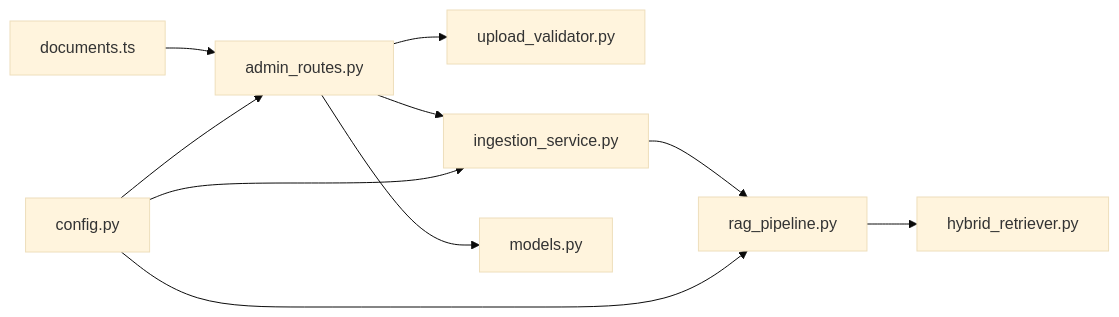
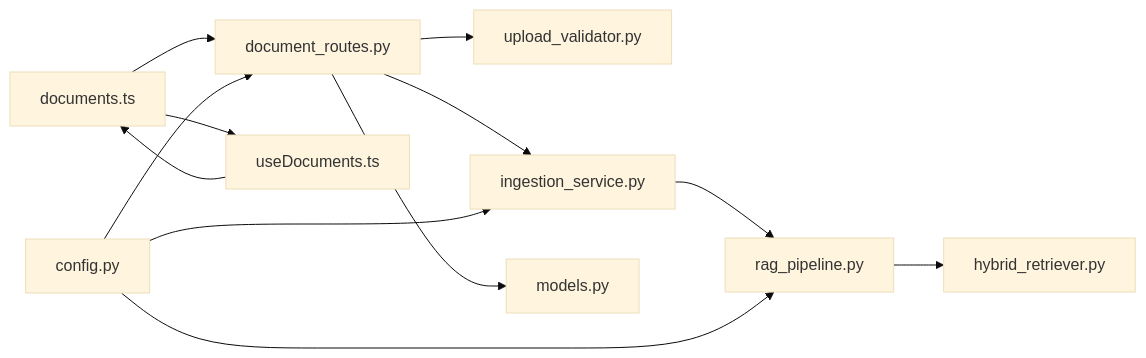
One commit to genes8/private-ai changed the fourth of 4 diagrams in .qoder/repowiki/en/content/API Reference/Administrative API/Document Management API.md. Above: the diagram before and after it, drawn with Mermaid (base theme). The commit also changed other lines of this file and 19 other files, not shown here.

````diff
--- a/.qoder/repowiki/en/content/API Reference/Administrative API/Document Management API.md
+++ b/.qoder/repowiki/en/content/API Reference/Administrative API/Document Management API.md
@@ -294,12 +358,14 @@
 ```mermaid
 graph LR
-FE["documents.ts"] --> AR["admin_routes.py"]
-AR --> UV["upload_validator.py"]
-AR --> IS["ingestion_service.py"]
+FE["documents.ts"] --> DR["document_routes.py"]
+DR --> UV["upload_validator.py"]
+DR --> IS["ingestion_service.py"]
 IS --> RP["rag_pipeline.py"]
 RP --> HR["hybrid_retriever.py"]
-AR --> DBM["models.py"]
-CFG["config.py"] --> AR
+DR --> DBM["models.py"]
+CFG["config.py"] --> DR
 CFG --> IS
 CFG --> RP
+FE --> UDH["useDocuments.ts"]
+UDH --> FE
 ```
````
